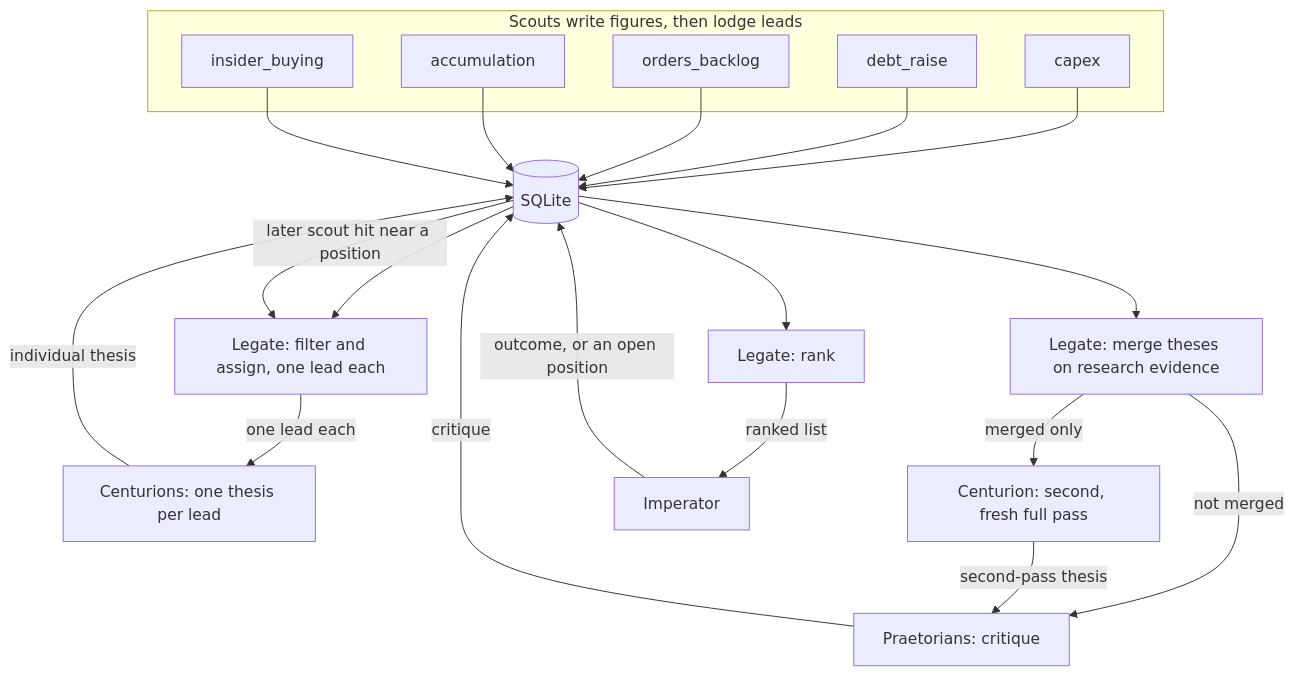
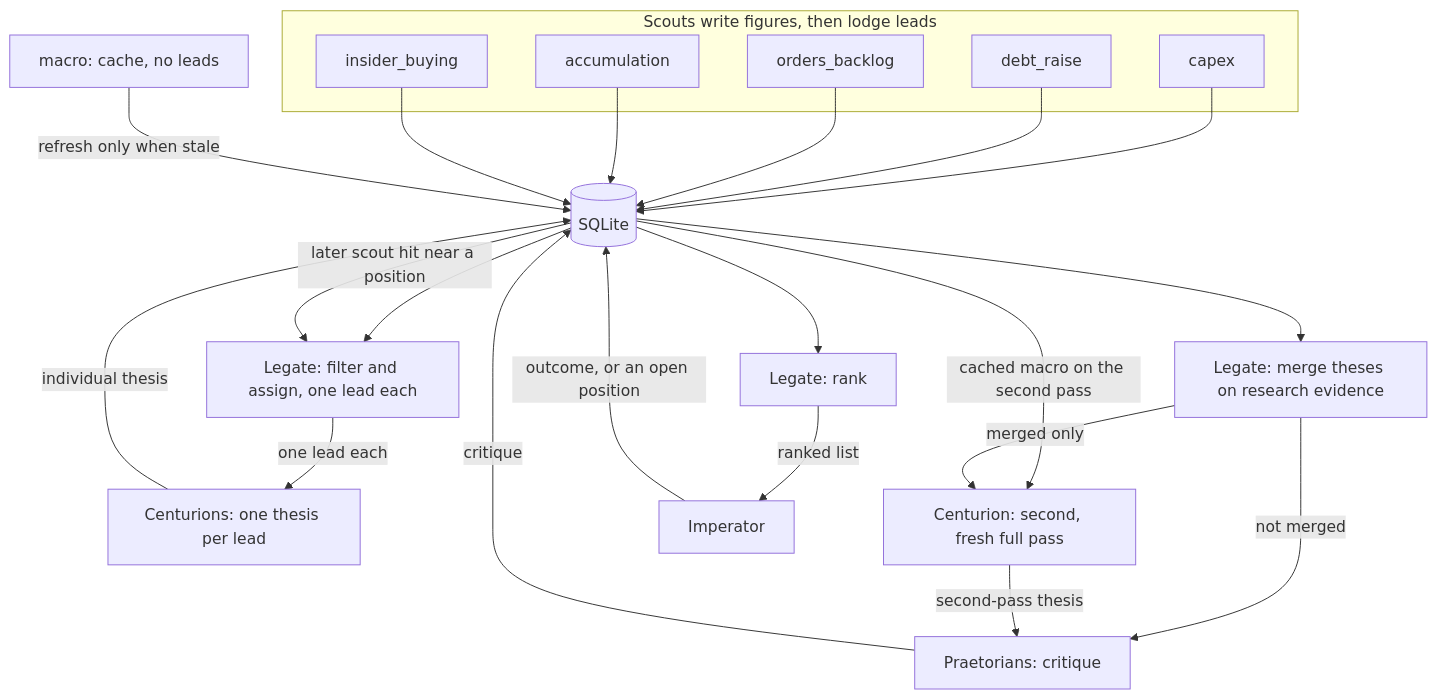
The diagram in docs/pipeline-architecture.md (Nodemana/cause-n-effect), drawn with Mermaid before and after one commit. The commit also changed other lines of this file and 4 other files, not shown here.

````diff
--- a/docs/pipeline-architecture.md
+++ b/docs/pipeline-architecture.md
@@ -15,36 +15,39 @@
 ```mermaid
 flowchart TD
   subgraph scouts [Scouts write figures, then lodge leads]
     CAP[capex]
     DEBT[debt_raise]
     ORD[orders_backlog]
     ACC[accumulation]
     INS[insider_buying]
   end
+  MAC[macro: cache, no leads]
   DB[(SQLite)]
   ASSIGN[Legate: filter and assign, one lead each]
   CEN1[Centurions: one thesis per lead]
   MERGE[Legate: merge theses on research evidence]
   CEN2[Centurion: second, fresh full pass]
   PRA[Praetorians: critique]
   RANK[Legate: rank]
   IMP[Imperator]
 
   CAP --> DB
   DEBT --> DB
   ORD --> DB
   ACC --> DB
   INS --> DB
+  MAC -->|refresh only when stale| DB
+  DB -->|cached macro on the second pass| CEN2
   DB --> ASSIGN
   ASSIGN -->|one lead each| CEN1
   CEN1 -->|individual thesis| DB
   DB --> MERGE
   MERGE -->|merged only| CEN2
   MERGE -->|not merged| PRA
   CEN2 -->|second-pass thesis| PRA
   PRA -->|critique| DB
   DB --> RANK
   RANK -->|ranked list| IMP
   IMP -->|outcome, or an open position| DB
   DB -->|later scout hit near a position| ASSIGN
 ```
````
